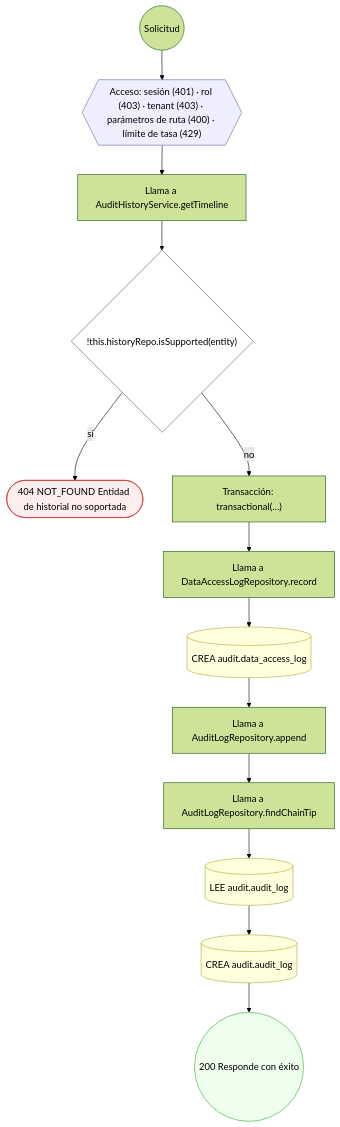
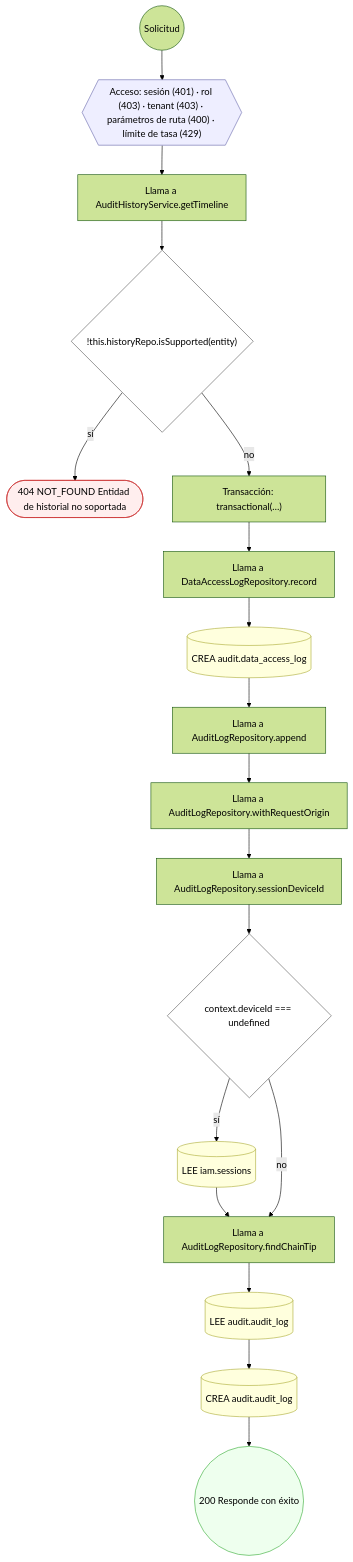
Before and after one commit to mdavila-2001/mantra-core-health-api: the fifth of 12 diagrams in docs/inventario/flujos/audit.md, drawn with Mermaid (forest theme). The commit also changed other lines of this file and 451 other files, not shown here.

````diff
--- a/docs/inventario/flujos/audit.md
+++ b/docs/inventario/flujos/audit.md
@@ -211,34 +333,43 @@
 ```mermaid
 flowchart TD
   n1(("Solicitud")):::inicio
   n2{{"Acceso: sesión (401) · rol (403) · tenant (403) · parámetros de ruta (400) · límite de tasa (429)"}}:::acceso
   n1 --> n2
   n3["Llama a AuditHistoryService.getTimeline"]:::llamada
   n2 --> n3
   n4{"!this.historyRepo.isSupported(entity)"}:::decision
   n3 --> n4
   n5(["404 NOT_FOUND Entidad de historial no soportada"]):::error
   n4 -->|"sí"| n5
   n6["Transacción: transactional(…)"]:::transaccion
   n4 -->|"no"| n6
   n7["Llama a DataAccessLogRepository.record"]:::llamada
   n6 --> n7
   n8[("CREA audit.data_access_log")]:::efecto
   n7 --> n8
   n9["Llama a AuditLogRepository.append"]:::llamada
   n8 --> n9
-  n10["Llama a AuditLogRepository.findChainTip"]:::llamada
+  n10["Llama a AuditLogRepository.withRequestOrigin"]:::llamada
   n9 --> n10
-  n11[("LEE audit.audit_log")]:::efecto
+  n11["Llama a AuditLogRepository.sessionDeviceId"]:::llamada
   n10 --> n11
-  n12[("CREA audit.audit_log")]:::efecto
+  n12{"context.deviceId === undefined"}:::decision
   n11 --> n12
-  n13(("200 Responde con éxito")):::ok
-  n12 --> n13
+  n13[("LEE iam.sessions")]:::efecto
+  n12 -->|"sí"| n13
+  n14["Llama a AuditLogRepository.findChainTip"]:::llamada
+  n13 --> n14
+  n12 -->|"no"| n14
+  n15[("LEE audit.audit_log")]:::efecto
+  n14 --> n15
+  n16[("CREA audit.audit_log")]:::efecto
+  n15 --> n16
+  n17(("200 Responde con éxito")):::ok
+  n16 --> n17
   classDef acceso fill:#eef,stroke:#66a
   classDef error fill:#fee,stroke:#c33
   classDef ok fill:#efe,stroke:#3a3
   classDef efecto fill:#ffd,stroke:#aa3
   classDef decision fill:#fff,stroke:#555
   classDef corte fill:#eee,stroke:#999,stroke-dasharray: 4
 ```
````
